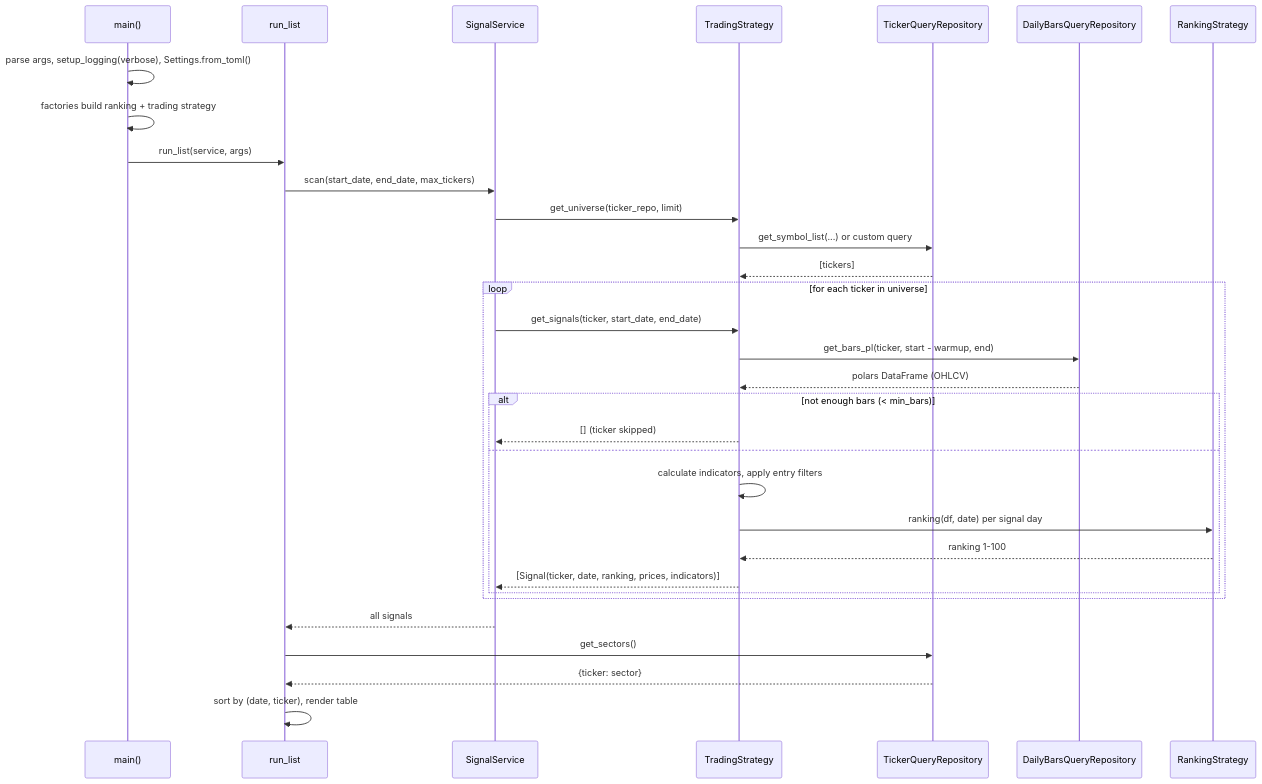
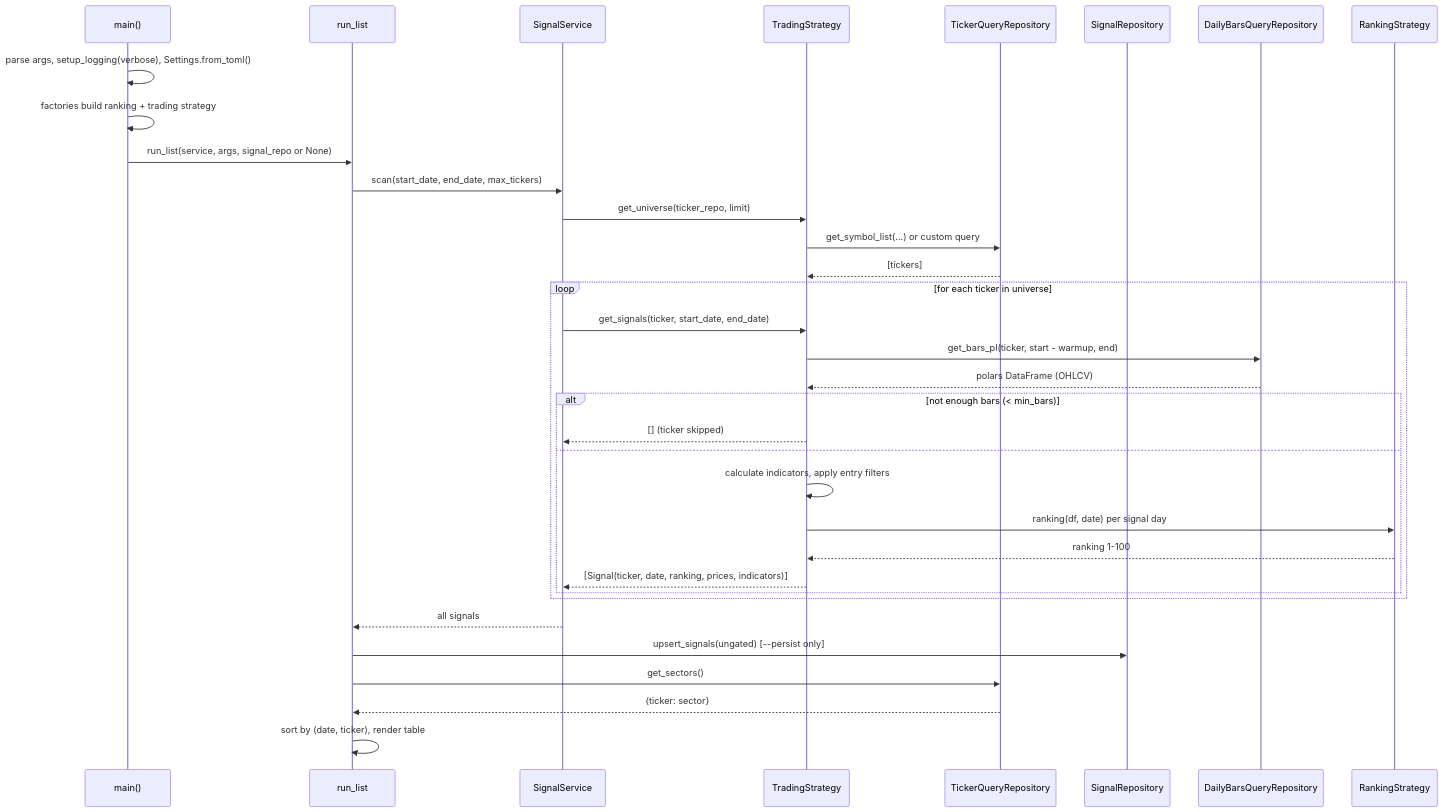
The second of 2 diagrams in docs/signal_runner.md (jaaknt/turtle-backtest), drawn with Mermaid before and after one commit. The commit also changed other lines of this file and 11 other files, not shown here.

First line of the commit message:
feat(signal): implement SignalRepository for persisting signals to turtle.signal

````diff
--- a/docs/signal_runner.md
+++ b/docs/signal_runner.md
@@ -45,35 +48,37 @@
 ```mermaid
 sequenceDiagram
     participant M as main()
     participant H as run_list
     participant S as SignalService
     participant T as TradingStrategy
     participant TR as TickerQueryRepository
+    participant SR as SignalRepository
     participant BR as DailyBarsQueryRepository
     participant R as RankingStrategy
 
     M->>M: parse args, setup_logging(verbose), Settings.from_toml()
     M->>M: factories build ranking + trading strategy
-    M->>H: run_list(service, args)
+    M->>H: run_list(service, args, signal_repo or None)
     H->>S: scan(start_date, end_date, max_tickers)
     S->>T: get_universe(ticker_repo, limit)
     T->>TR: get_symbol_list(...) or custom query
     TR-->>T: [tickers]
     loop for each ticker in universe
         S->>T: get_signals(ticker, start_date, end_date)
         T->>BR: get_bars_pl(ticker, start - warmup, end)
         BR-->>T: polars DataFrame (OHLCV)
         alt not enough bars (< min_bars)
             T-->>S: [] (ticker skipped)
         else
             T->>T: calculate indicators, apply entry filters
             T->>R: ranking(df, date) per signal day
             R-->>T: ranking 1-100
             T-->>S: [Signal(ticker, date, ranking, prices, indicators)]
         end
     end
     S-->>H: all signals
+    H->>SR: upsert_signals(ungated) [--persist only]
     H->>TR: get_sectors()
     TR-->>H: {ticker: sector}
     H->>H: sort by (date, ticker), render table
 ```
````
